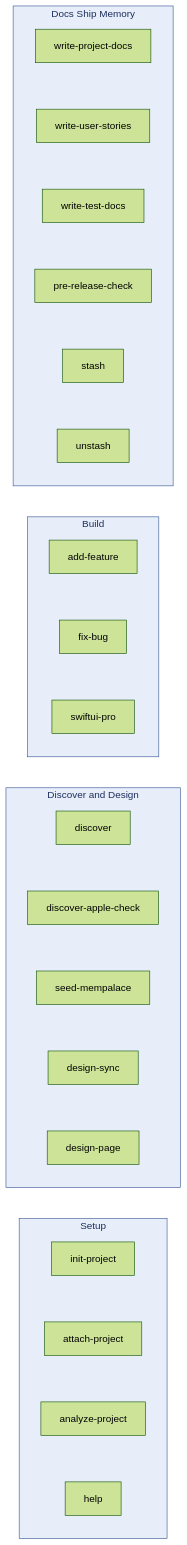
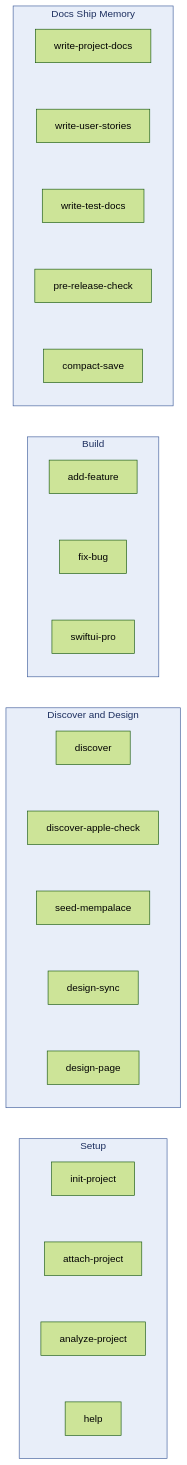
The diagram in docs/diagrams/skills-ecosystem.md (vladislavsournine/vladyslav-skills), drawn with Mermaid (forest theme) before and after one commit. The commit also changed 47 other files, not shown here.

````diff
--- a/docs/diagrams/skills-ecosystem.md
+++ b/docs/diagrams/skills-ecosystem.md
@@ -5,43 +5,42 @@
 ```mermaid
 flowchart LR
     subgraph SETUP [Setup]
         direction TB
         s1[init-project]
         s2[attach-project]
         s3[analyze-project]
         s4[help]
         s1 ~~~ s2 ~~~ s3 ~~~ s4
     end
 
     subgraph DISCOVER [Discover and Design]
         direction TB
         d1[discover]
         d2[discover-apple-check]
         d3[seed-mempalace]
         d4[design-sync]
         d5[design-page]
         d1 ~~~ d2 ~~~ d3 ~~~ d4 ~~~ d5
     end
 
     subgraph BUILD [Build]
         direction TB
         b1[add-feature]
         b2[fix-bug]
         b3[swiftui-pro]
         b1 ~~~ b2 ~~~ b3
     end
 
     subgraph SHIP [Docs Ship Memory]
         direction TB
         sh1[write-project-docs]
         sh2[write-user-stories]
         sh3[write-test-docs]
         sh4[pre-release-check]
-        sh5[stash]
-        sh6[unstash]
-        sh1 ~~~ sh2 ~~~ sh3 ~~~ sh4 ~~~ sh5 ~~~ sh6
+        sh5[compact-save]
+        sh1 ~~~ sh2 ~~~ sh3 ~~~ sh4 ~~~ sh5
     end
 
     classDef cluster fill:#e8eef9,stroke:#3b5998,color:#1c2e5e
     class SETUP,DISCOVER,BUILD,SHIP cluster
 ```
````
